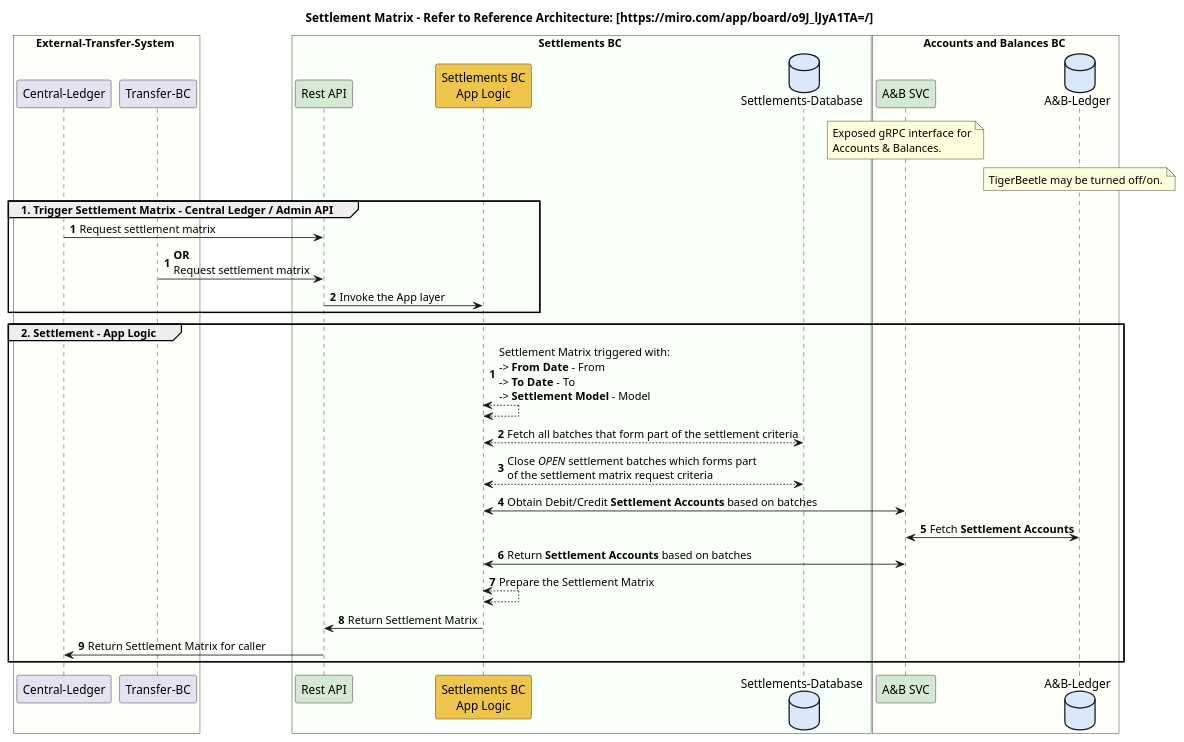
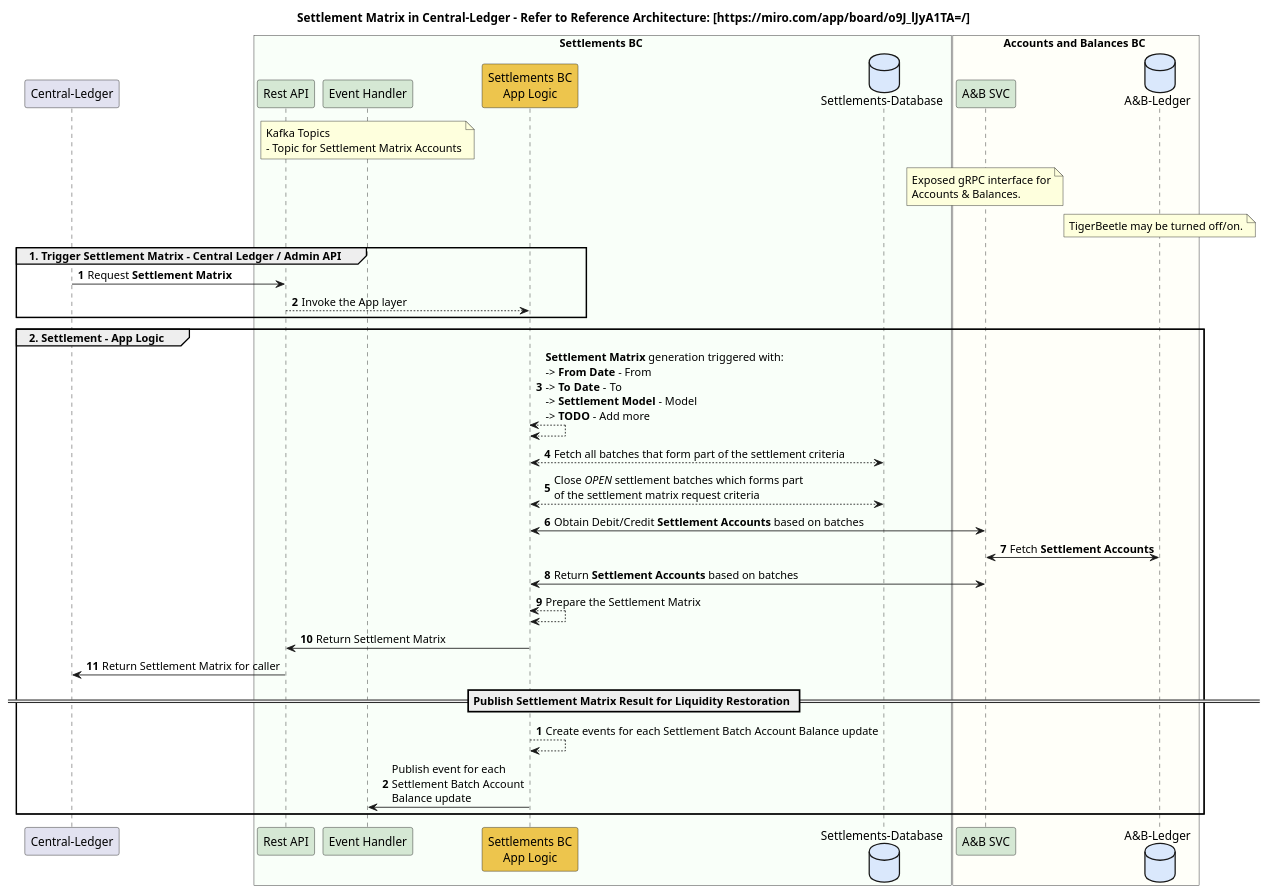
Before and after one commit to mojaloop/settlements-bc: the diagram in docs/flows/02-settlement-matrix-cl.puml, drawn with PlantUML. The commit also changed 8 other files, not shown here.

Commit message:
Updated flow documenetation.

```diff
--- a/docs/flows/02-settlement-matrix-cl.puml
+++ b/docs/flows/02-settlement-matrix-cl.puml
@@ -1,49 +1,52 @@
 @startuml
 
-title Settlement Matrix - Refer to Reference Architecture: [https://miro.com/app/board/o9J_lJyA1TA=/]
+title Settlement Matrix in Central-Ledger - Refer to Reference Architecture: [https://miro.com/app/board/o9J_lJyA1TA=/]
 
-box External-Transfer-System #FFFFF9
-    participant "Central-Ledger" as ext_cl
-    participant "Transfer-BC" as ext_transfers_bc
-end box
+participant "Central-Ledger" as ext_cl
 
 box Settlements BC #F9FFF9
-	participant "Rest API" as sbc_rest #D5E8D4
-	participant "Settlements BC\nApp Logic" as sbc_app_logic #EDC54D
-	database "Settlements-Database" as sbc_db #DAE8FC
+    participant "Rest API" as sbc_rest #D5E8D4
+    participant "Event Handler" as sbc_event #D5E8D4
+    note over sbc_event
+        Kafka Topics
+        - Topic for Settlement Matrix Accounts
+    end note
+    participant "Settlements BC\nApp Logic" as sbc_app_logic #EDC54D
+    database "Settlements-Database" as sbc_db #DAE8FC
 end box
 
 box Accounts and Balances BC #FFFFF9
     participant "A&B SVC" as abbc_grpc #D5E8D4
     database "A&B-Ledger" as abbc_tigerbeetle #DAE8FC
     note over abbc_grpc
         Exposed gRPC interface for
         Accounts & Balances.
     end note
     note over abbc_tigerbeetle
         TigerBeetle may be turned off/on.
     end note
 end box
 
 group 1. Trigger Settlement Matrix - Central Ledger / Admin API
 autonumber
-    ext_cl -> sbc_rest : Request settlement matrix
-autonumber
-    ext_transfers_bc -> sbc_rest : **OR** \nRequest settlement matrix
-    sbc_rest -> sbc_app_logic : Invoke the App layer
+    ext_cl -> sbc_rest : Request **Settlement Matrix**
+    sbc_rest --> sbc_app_logic : Invoke the App layer
 end
 
 group 2. Settlement - App Logic
-autonumber
-    sbc_app_logic <--> sbc_app_logic: Settlement Matrix triggered with:\n-> **From Date** - From\n-> **To Date** - To\n-> **Settlement Model** - Model
+    sbc_app_logic <--> sbc_app_logic: **Settlement Matrix** generation triggered with:\n-> **From Date** - From\n-> **To Date** - To\n-> **Settlement Model** - Model\n-> **TODO** - Add more
     sbc_app_logic <--> sbc_db : Fetch all batches that form part of the settlement criteria
     sbc_app_logic <--> sbc_db : Close //OPEN// settlement batches which forms part \nof the settlement matrix request criteria
     sbc_app_logic <-> abbc_grpc : Obtain Debit/Credit **Settlement Accounts** based on batches
     abbc_grpc <-> abbc_tigerbeetle: Fetch **Settlement Accounts**
     abbc_grpc <-> sbc_app_logic : Return **Settlement Accounts** based on batches
     sbc_app_logic <--> sbc_app_logic : Prepare the Settlement Matrix
     sbc_app_logic -> sbc_rest : Return Settlement Matrix
     sbc_rest -> ext_cl : Return Settlement Matrix for caller
+autonumber
+    == Publish Settlement Matrix Result for Liquidity Restoration ==
+    sbc_app_logic --> sbc_app_logic : Create events for each Settlement Batch Account Balance update
+    sbc_app_logic -> sbc_event : Publish event for each\nSettlement Batch Account\nBalance update
 end
 
 @enduml
```
